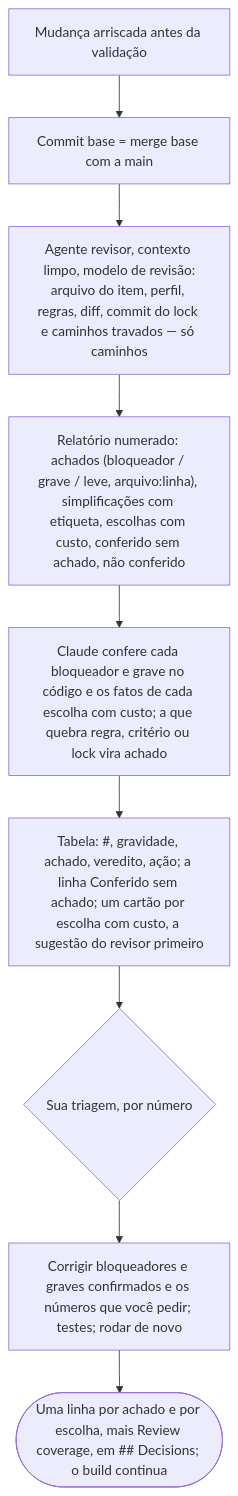
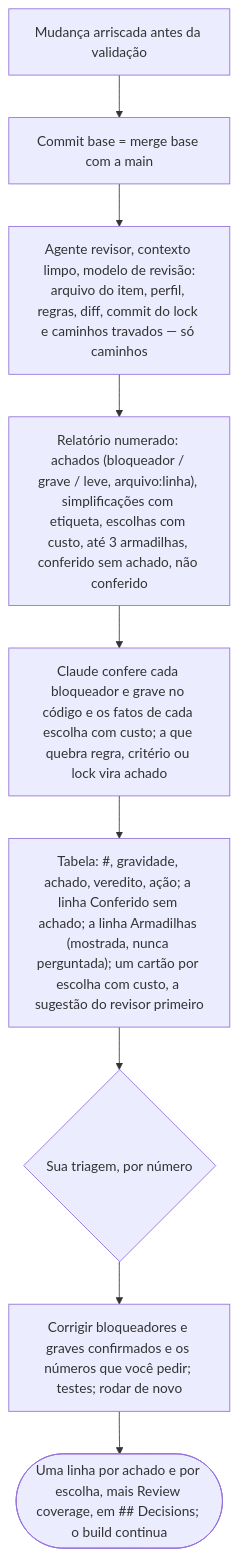
Before and after one commit to alexcanario/simulab: the tenth of 23 diagrams in docs/agile/workflow.pt-BR.md, drawn with Mermaid. The commit also changed other lines of this file and 5 other files, not shown here.

````diff
--- a/docs/agile/workflow.pt-BR.md
+++ b/docs/agile/workflow.pt-BR.md
@@ -957,11 +1008,11 @@
 ```mermaid
 flowchart TD
     A["Mudança arriscada antes da validação"] --> B["Commit base = merge base com a main"]
     B --> C["Agente revisor, contexto limpo, modelo de revisão:<br/>arquivo do item, perfil, regras, diff, commit do lock e caminhos travados — só caminhos"]
-    C --> D["Relatório numerado: achados (bloqueador / grave / leve, arquivo:linha), simplificações com etiqueta, escolhas com custo, conferido sem achado, não conferido"]
+    C --> D["Relatório numerado: achados (bloqueador / grave / leve, arquivo:linha), simplificações com etiqueta, escolhas com custo, até 3 armadilhas, conferido sem achado, não conferido"]
     D --> E["Claude confere cada bloqueador e grave no código e os fatos de cada escolha com custo; a que quebra regra, critério ou lock vira achado"]
-    E --> F["Tabela: #, gravidade, achado, veredito, ação; a linha Conferido sem achado; um cartão por escolha com custo, a sugestão do revisor primeiro"]
+    E --> F["Tabela: #, gravidade, achado, veredito, ação; a linha Conferido sem achado; a linha Armadilhas (mostrada, nunca perguntada); um cartão por escolha com custo, a sugestão do revisor primeiro"]
     F --> G{"Sua triagem, por número"}
     G --> H["Corrigir bloqueadores e graves confirmados e os números que você pedir; testes; rodar de novo"]
     H --> I(["Uma linha por achado e por escolha, mais Review coverage, em ## Decisions; o build continua"])
 ```
````
